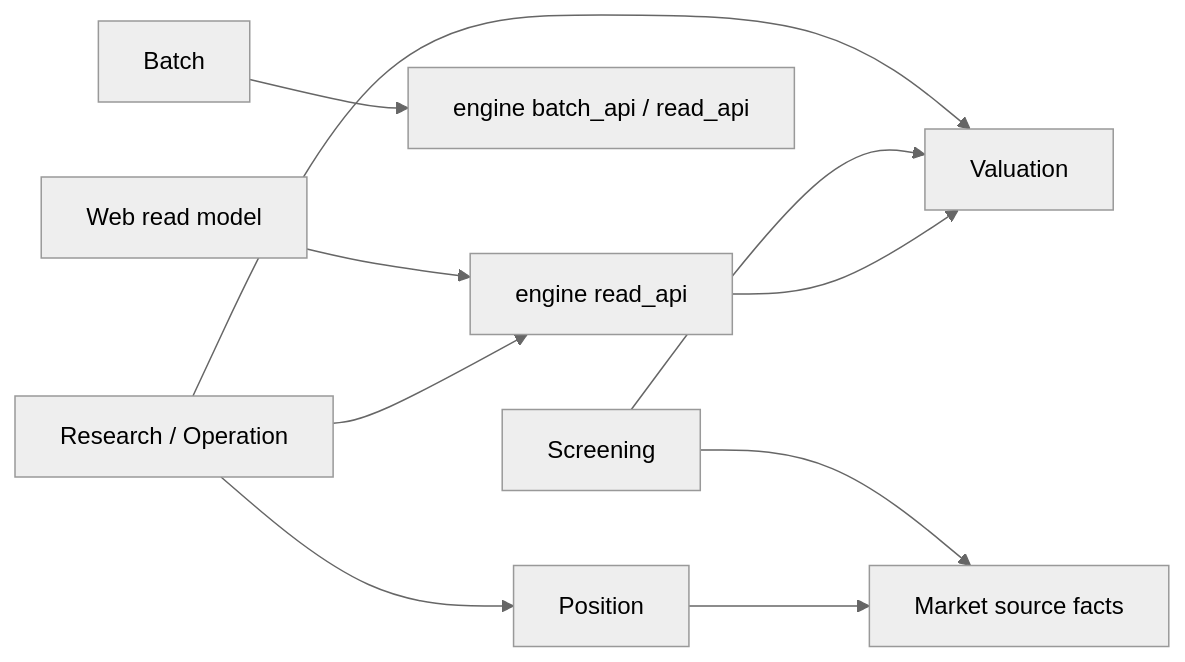
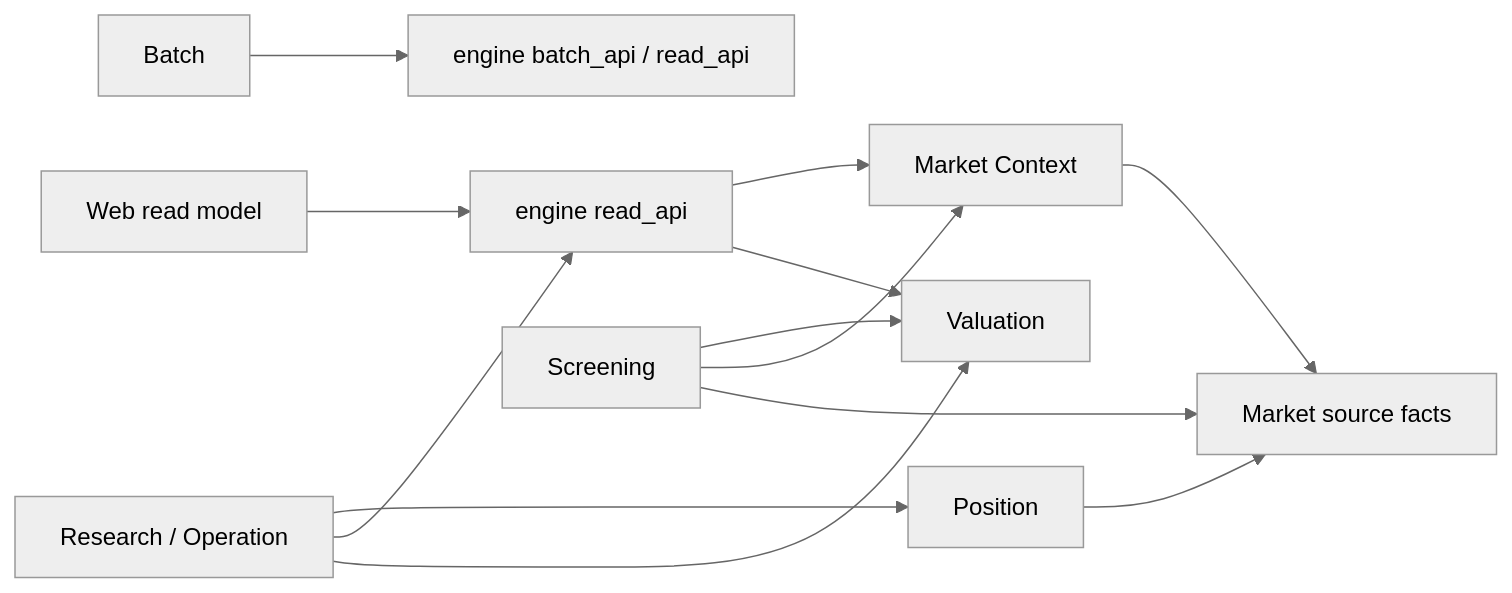
Before and after one commit to koumatsumoto/baibai-loop: the diagram in docs/architecture.md, drawn with Mermaid (neutral theme). The commit also changed other lines of this file and 39 other files, not shown here.

````diff
--- a/docs/architecture.md
+++ b/docs/architecture.md
@@ -16,12 +16,15 @@
 ```mermaid
 flowchart LR
     web[Web read model] --> read[engine read_api]
     batch[Batch] --> api[engine batch_api / read_api]
     research[Research / Operation] --> position[Position]
     research --> read
     research --> valuation[Valuation]
     screening --> valuation
+    screening --> context[Market Context]
+    read --> context
+    context --> market
     read --> valuation
     screening[Screening] --> market[Market source facts]
     position --> market
 ```
````
